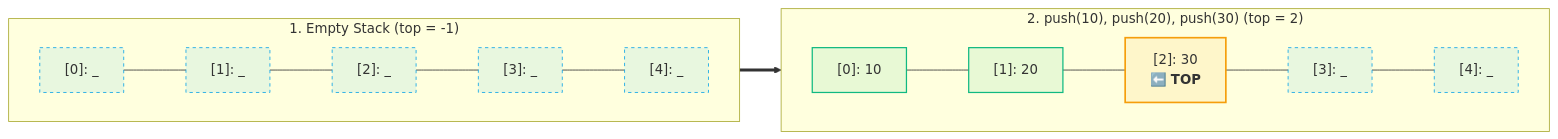
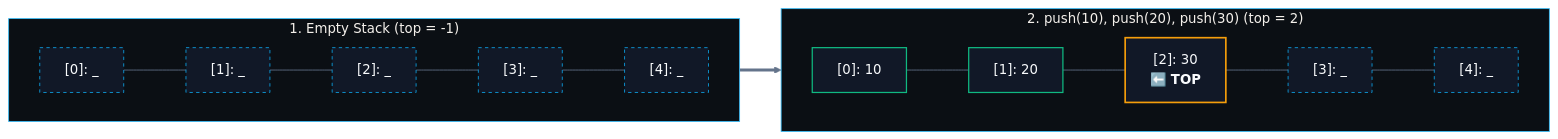
Before and after one commit to abhinavbharti2345/CS_Notes: the second of 5 diagrams in CS/DSA/06. Stacks & Queues/02. Stack Implementation from Scratch.md, drawn with Mermaid. The commit also changed other lines of this file and 195 other files, not shown here.

````diff
--- a/CS/DSA/06. Stacks & Queues/02. Stack Implementation from Scratch.md
+++ b/CS/DSA/06. Stacks & Queues/02. Stack Implementation from Scratch.md
@@ -59,21 +60,22 @@
 ```mermaid
+%%{init: {'theme': 'base', 'themeVariables': { 'darkMode': true, 'background': '#0B0F14', 'mainBkg': '#111827', 'primaryColor': '#111827', 'primaryTextColor': '#F8FAFC', 'primaryBorderColor': '#38BDF8', 'lineColor': '#64748B', 'secondaryColor': '#0B0F14', 'tertiaryColor': '#0B0F14', 'clusterBkg': '#0B0F14', 'clusterBorder': '#38BDF8' }}}%%
 flowchart LR
     subgraph EmptyState ["1. Empty Stack (top = -1)"]
         direction LR
         E0["[0]: _"] --- E1["[1]: _"] --- E2["[2]: _"] --- E3["[3]: _"] --- E4["[4]: _"]
     end
 
     subgraph PushedState ["2. push(10), push(20), push(30) (top = 2)"]
         direction LR
         F0["[0]: 10"] --- F1["[1]: 20"] --- F2["[2]: 30<br/>⬅️ <b>TOP</b>"] --- F3["[3]: _"] --- F4["[4]: _"]
     end
 
     EmptyState ==> PushedState
 
-    classDef empty fill:#0ea5e918,stroke:#0ea5e9,stroke-width:1px,stroke-dasharray:4 4;
-    classDef filled fill:#10b98118,stroke:#10b981,stroke-width:1.5px;
-    classDef topCell fill:#f59e0b18,stroke:#f59e0b,stroke-width:2px;
+    classDef empty fill:#111827,stroke:#0ea5e9,stroke-width:1px,stroke-dasharray:4 4,color:#F8FAFC;
+    classDef filled fill:#111827,stroke:#10b981,stroke-width:1.5px,color:#F8FAFC;
+    classDef topCell fill:#111827,stroke:#f59e0b,stroke-width:2px,color:#F8FAFC;
     class E0,E1,E2,E3,E4,F3,F4 empty;
     class F0,F1 filled;
     class F2 topCell;
 ```
````
